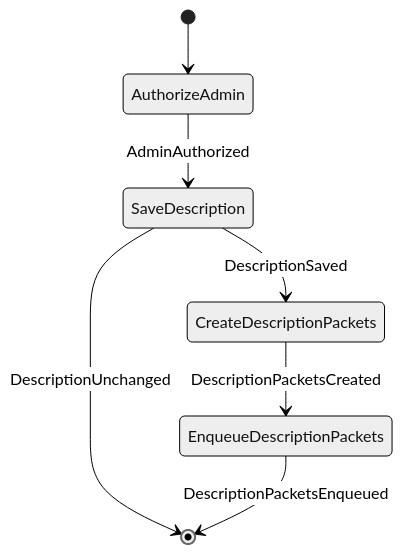
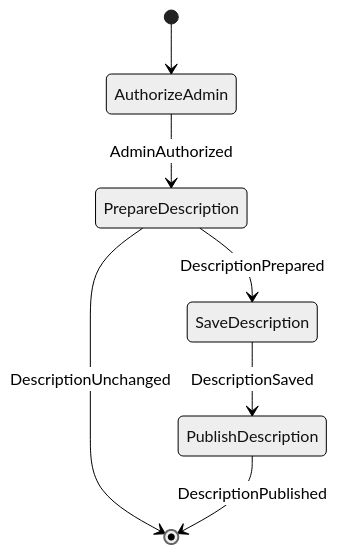
Before and after one commit to cbgm/Sparrow: the seventh of 19 diagrams in docs/architecture/workflows/groupstate.md, drawn with Mermaid (neutral theme). The commit also changed other lines of this file and 193 other files, not shown here.

````diff
--- a/docs/architecture/workflows/groupstate.md
+++ b/docs/architecture/workflows/groupstate.md
@@ -162,9 +178,9 @@
 ```mermaid
 stateDiagram-v2
     [*] --> AuthorizeAdmin
-    AuthorizeAdmin --> SaveDescription : AdminAuthorized
-    SaveDescription --> CreateDescriptionPackets : DescriptionSaved
-    SaveDescription --> [*] : DescriptionUnchanged
-    CreateDescriptionPackets --> EnqueueDescriptionPackets : DescriptionPacketsCreated
-    EnqueueDescriptionPackets --> [*] : DescriptionPacketsEnqueued
+    AuthorizeAdmin --> PrepareDescription : AdminAuthorized
+    PrepareDescription --> SaveDescription : DescriptionPrepared
+    PrepareDescription --> [*] : DescriptionUnchanged
+    SaveDescription --> PublishDescription : DescriptionSaved
+    PublishDescription --> [*] : DescriptionPublished
 ```
````
